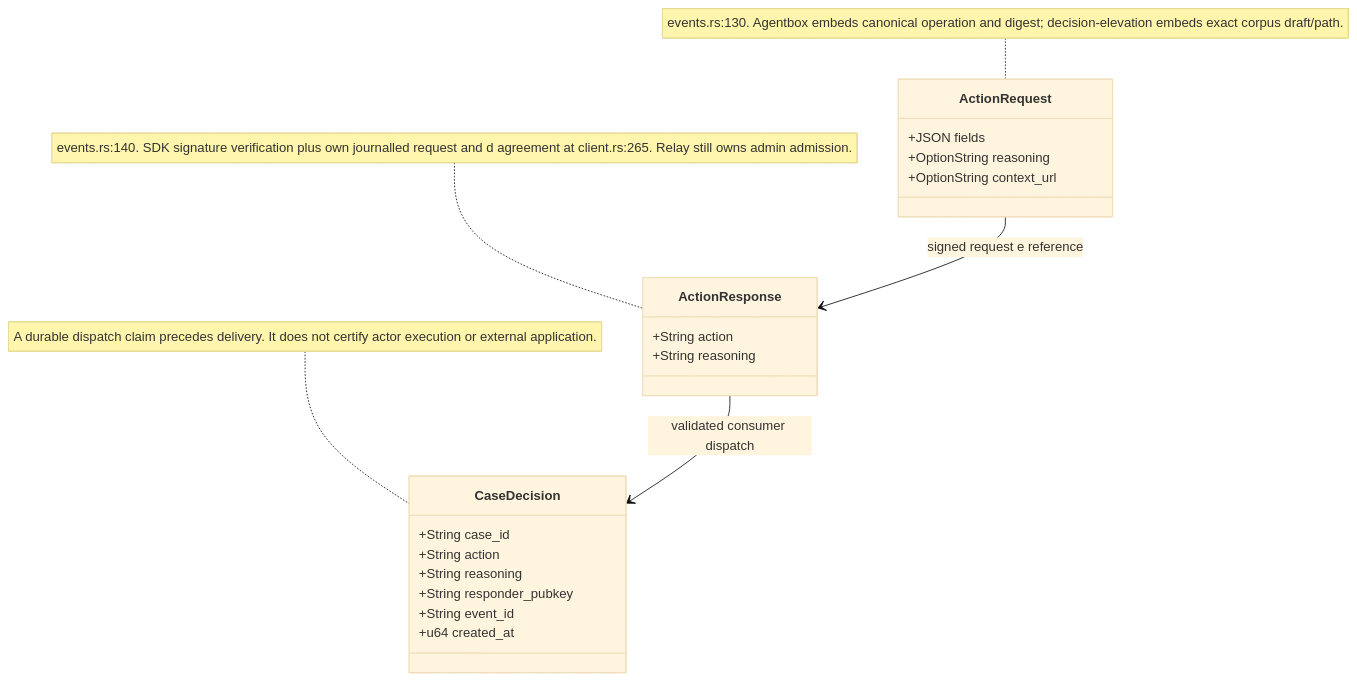
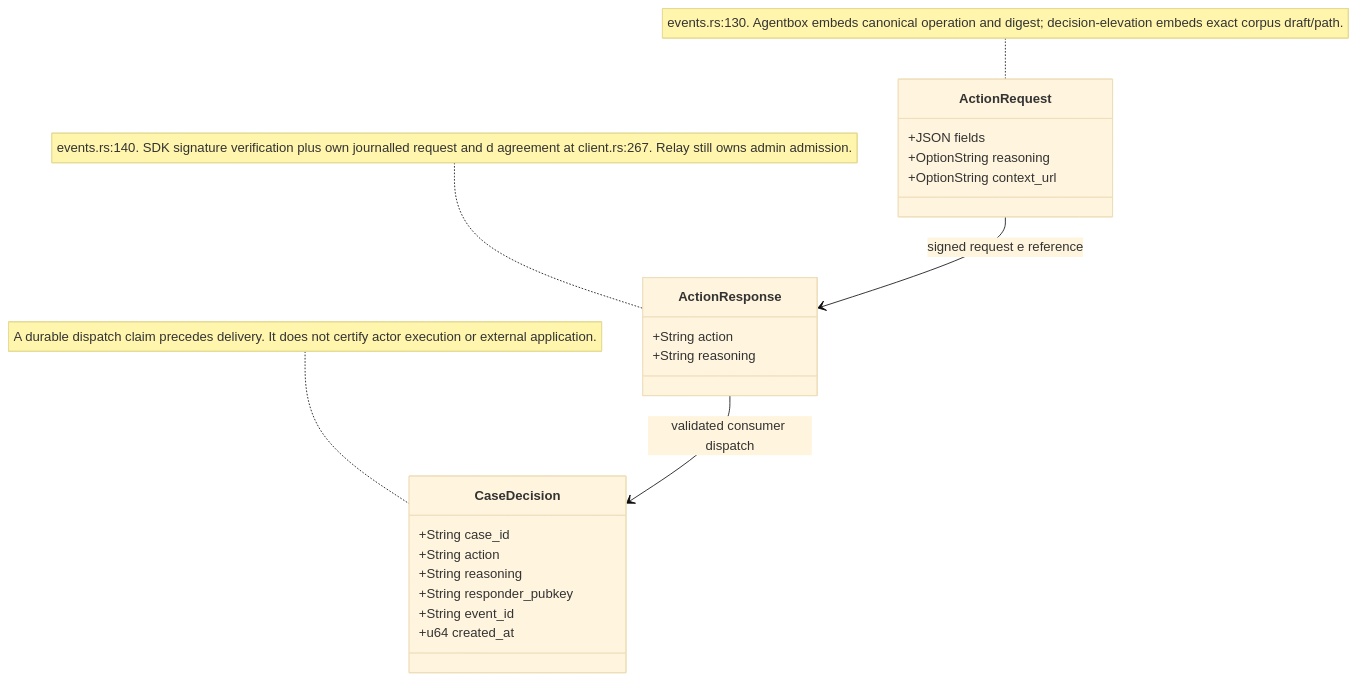
The first of 12 diagrams in docs/diagrams/estate/05-governance-loop-across-estate.md (DreamLab-AI/VisionFlow), drawn with Mermaid (base theme) before and after one commit. The commit also changed other lines of this file and 160 other files, not shown here.

````diff
--- a/docs/diagrams/estate/05-governance-loop-across-estate.md
+++ b/docs/diagrams/estate/05-governance-loop-across-estate.md
@@ -57,25 +59,25 @@
 ```mermaid
 classDiagram
     class ActionRequest {
         +JSON fields
         +OptionString reasoning
         +OptionString context_url
     }
     class ActionResponse {
         +String action
         +String reasoning
     }
     class CaseDecision {
         +String case_id
         +String action
         +String reasoning
         +String responder_pubkey
         +String event_id
         +u64 created_at
     }
     ActionRequest --> ActionResponse : signed request e reference
     ActionResponse --> CaseDecision : validated consumer dispatch
     note for ActionRequest "events.rs:130. Agentbox embeds canonical operation and digest; decision-elevation embeds exact corpus draft/path."
-    note for ActionResponse "events.rs:140. SDK signature verification plus own journalled request and d agreement at client.rs:265. Relay still owns admin admission."
+    note for ActionResponse "events.rs:140. SDK signature verification plus own journalled request and d agreement at client.rs:267. Relay still owns admin admission."
     note for CaseDecision "A durable dispatch claim precedes delivery. It does not certify actor execution or external application."
 ```
````
